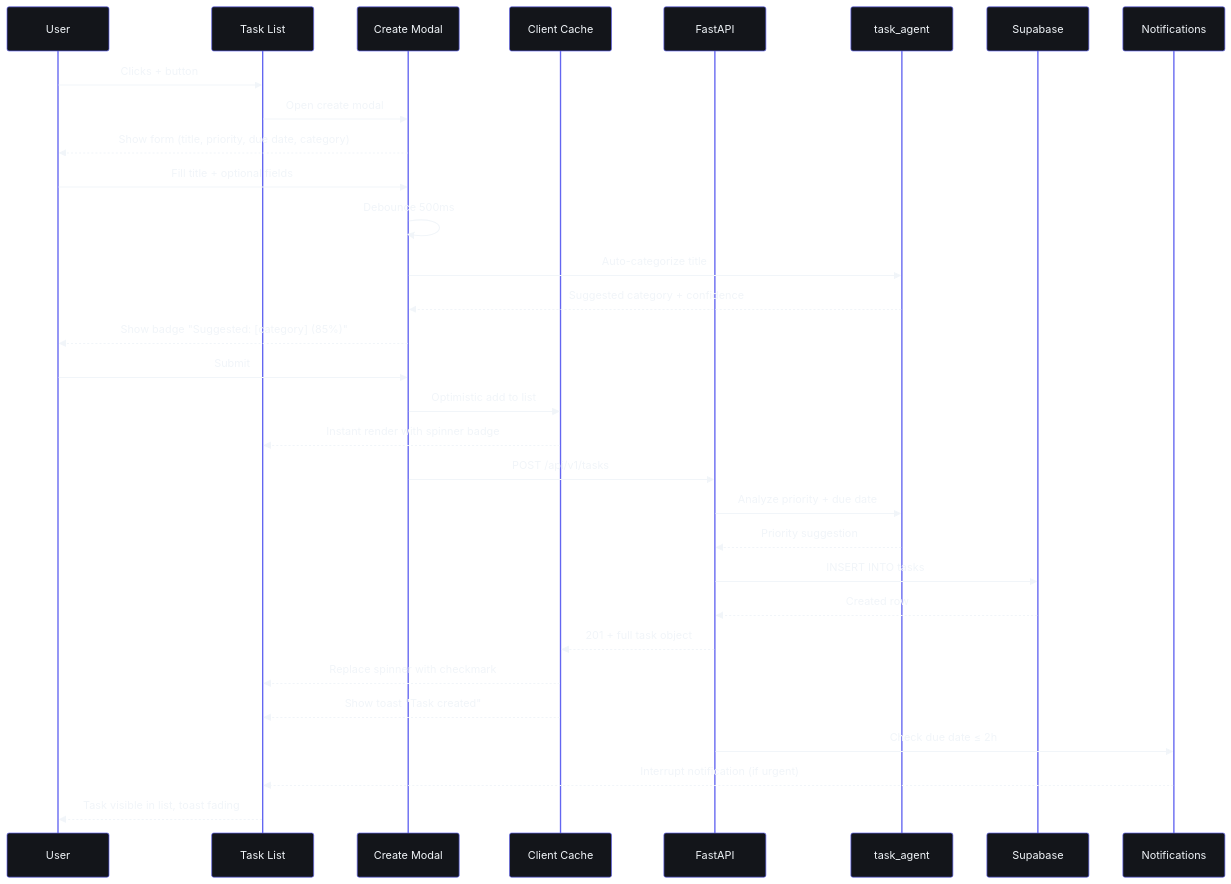
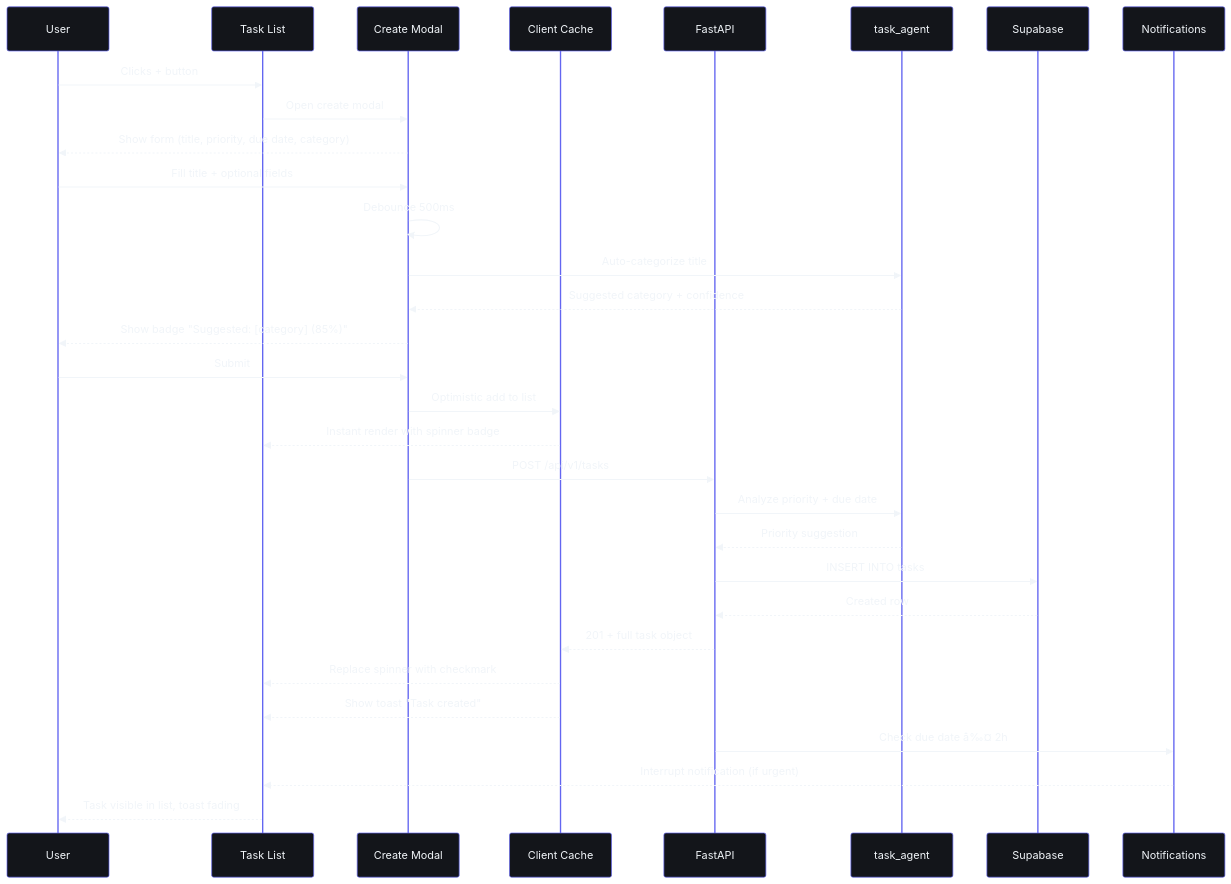
Before and after one commit to rohitkumarnaidu/ARIA-OS---SecondBrain-: the first of 4 diagrams in docs/design/WorkflowArchitecture/02-FeatureFlows.md, drawn with Mermaid. The commit also changed other lines of this file and 9 other files, not shown here.

````diff
--- a/docs/design/WorkflowArchitecture/02-FeatureFlows.md
+++ b/docs/design/WorkflowArchitecture/02-FeatureFlows.md
@@ -33,35 +42,35 @@
 ```mermaid
 %%{init: {'theme': 'base', 'themeVariables': {'background': '#0A0B0F', 'primaryColor': '#13151A', 'primaryBorderColor': '#6366F1', 'primaryTextColor': '#F1F5F9', 'lineColor': '#818CF8', 'secondaryColor': '#1A1D24', 'tertiaryColor': '#00FFA3', 'fontFamily': 'DM Sans'}}}%%
 sequenceDiagram
     participant U as User
     participant UI as Task List
     participant M as Create Modal
     participant C as Client Cache
     participant API as FastAPI
     participant AI as task_agent
     participant DB as Supabase
     participant N as Notifications
 
     U->>UI: Clicks + button
     UI->>M: Open create modal
     M-->>U: Show form (title, priority, due date, category)
     U->>M: Fill title + optional fields
     M->>M: Debounce 500ms
     M->>AI: Auto-categorize title
     AI-->>M: Suggested category + confidence
     M-->>U: Show badge "Suggested: [category] (85%)"
     U->>M: Submit
     M->>C: Optimistic add to list
     C-->>UI: Instant render with spinner badge
     M->>API: POST /api/v1/tasks
     API->>AI: Analyze priority + due date
     AI-->>API: Priority suggestion
     API->>DB: INSERT INTO tasks
     DB-->>API: Created row
     API-->>C: 201 + full task object
     C-->>UI: Replace spinner with checkmark
     C-->>UI: Show toast "Task created"
-    API->>N: Check due date ≤ 2h
+    API->>N: Check due date â‰¤ 2h
     N-->>UI: Interrupt notification (if urgent)
     UI-->>U: Task visible in list, toast fading
 ```
````
